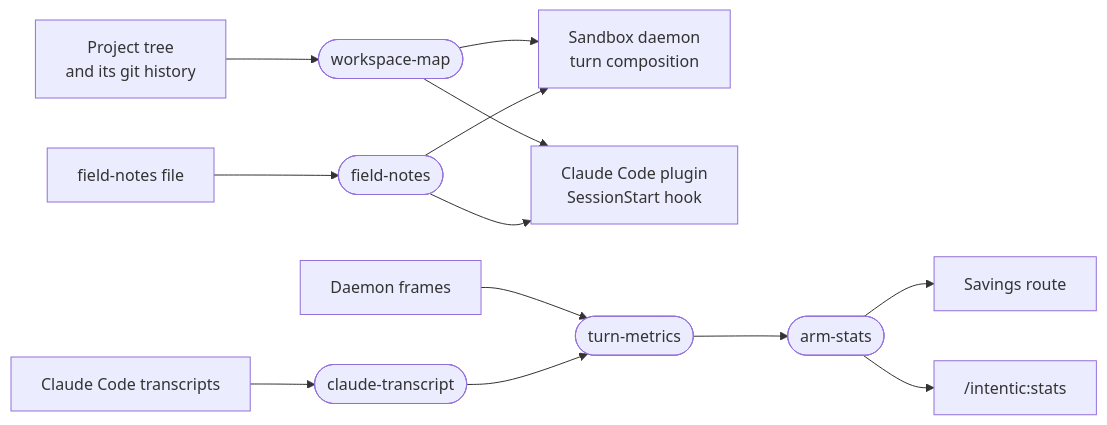
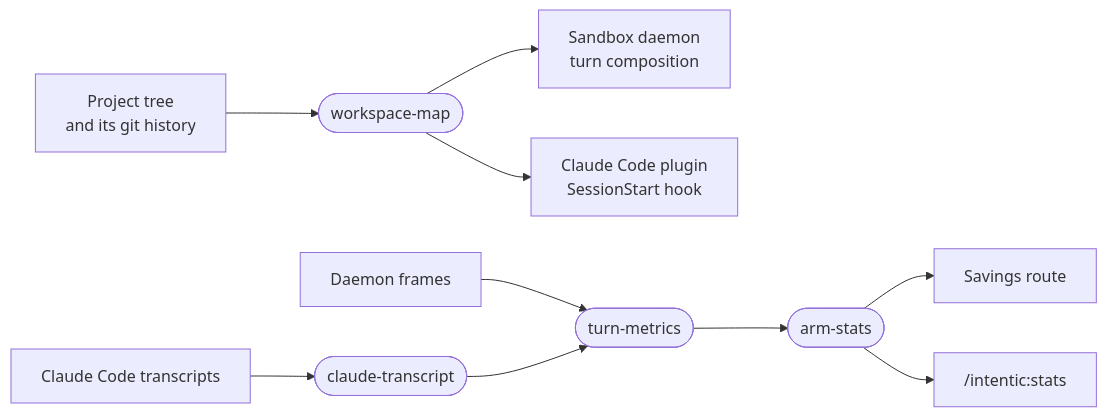
Before and after one commit to intentic/intentic: the diagram in _sandbox/agent-context/README.md, drawn with Mermaid. The commit also changed other lines of this file and 103 other files, not shown here.

First line of the commit message:
refactor(sandbox): remove field-notes

````diff
--- a/_sandbox/agent-context/README.md
+++ b/_sandbox/agent-context/README.md
@@ -5,14 +5,11 @@
 ```mermaid
 flowchart LR
     tree["Project tree<br/>and its git history"] --> map(["workspace-map"])
-    notes["field-notes file"] --> reader(["field-notes"])
     map --> daemon["Sandbox daemon<br/>turn composition"]
-    reader --> daemon
     map --> plugin["Claude Code plugin<br/>SessionStart hook"]
-    reader --> plugin
     frames["Daemon frames"] --> metrics(["turn-metrics"])
-    transcripts["Claude Code transcripts"] --> reader2(["claude-transcript"]) --> metrics
+    transcripts["Claude Code transcripts"] --> reader(["claude-transcript"]) --> metrics
     metrics --> stats(["arm-stats"])
     stats --> savings["Savings route"]
     stats --> report["/intentic:stats"]
 ```
````
